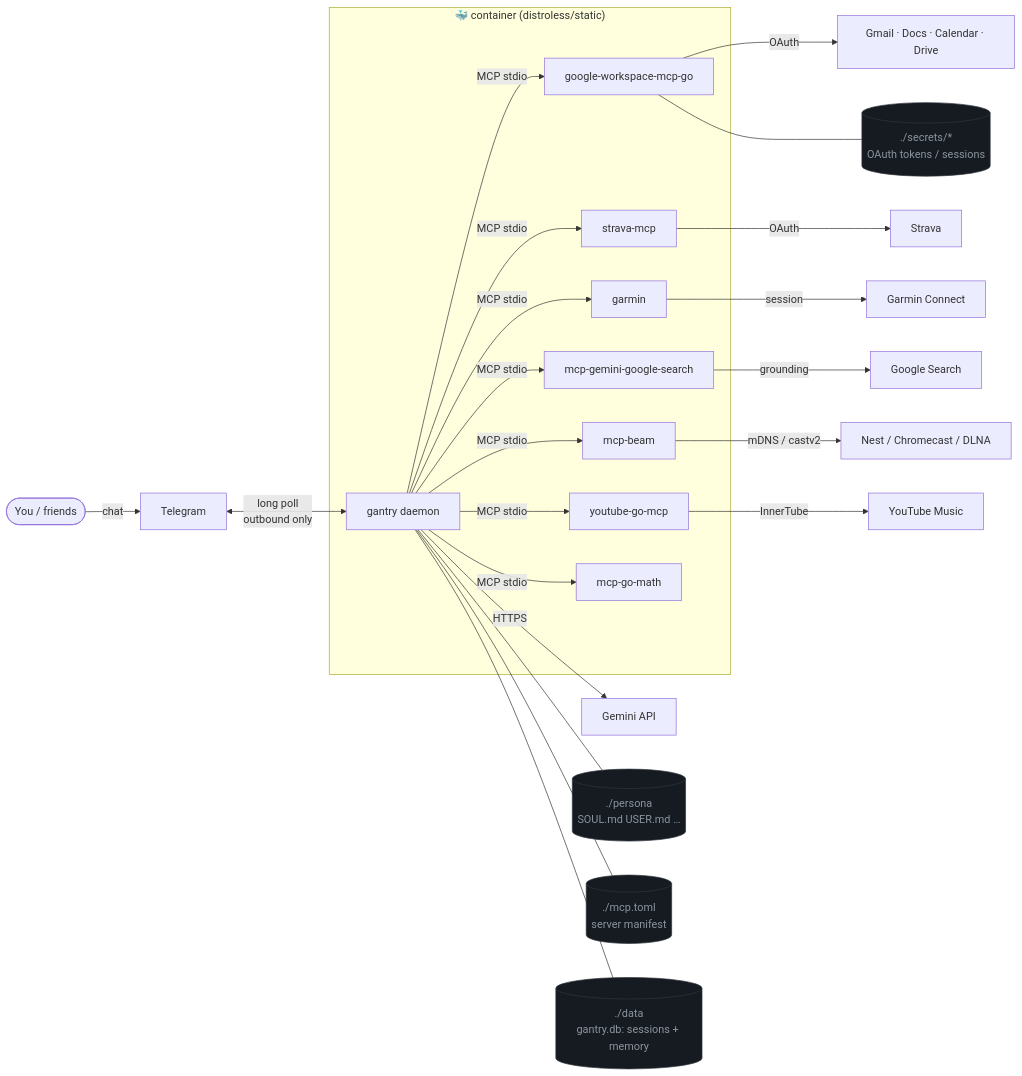
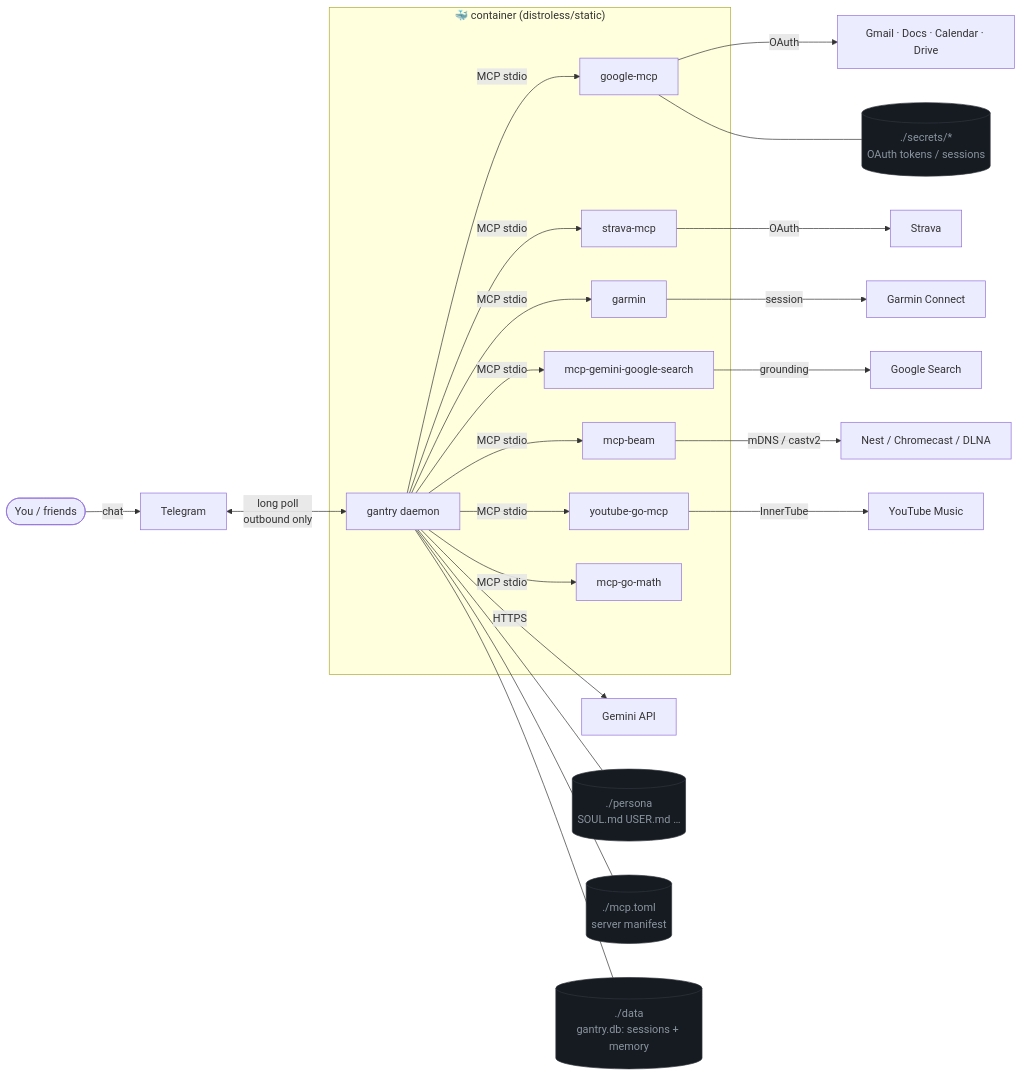
One commit to shotah/ai-gantry changed the first of 4 diagrams in local-agent/README.md. Above: the diagram before and after it, drawn with Mermaid. The commit also changed other lines of this file and 29 other files, not shown here.

Commit message:
adding spark, and overhauling google mcp package

````diff
--- a/local-agent/README.md
+++ b/local-agent/README.md
@@ -57,39 +57,39 @@
 ```mermaid
 flowchart LR
   You([You / friends]) -->|chat| TG[Telegram]
   TG <-->|long poll<br/>outbound only| GN
 
   subgraph Host["🐳 container (distroless/static)"]
     GN[gantry daemon]
-    GW[google-workspace-mcp-go]
+    GW[google-mcp]
     SM[strava-mcp]
     GM[garmin]
     GS[mcp-gemini-google-search]
     CM[mcp-beam]
     YM[youtube-go-mcp]
     MM[mcp-go-math]
     GN -->|MCP stdio| GW
     GN -->|MCP stdio| SM
     GN -->|MCP stdio| GM
     GN -->|MCP stdio| GS
     GN -->|MCP stdio| CM
     GN -->|MCP stdio| YM
     GN -->|MCP stdio| MM
   end
 
   GN -->|HTTPS| GEM[Gemini API]
   GW -->|OAuth| GWS[Gmail · Docs · Calendar · Drive]
   SM -->|OAuth| STV[Strava]
   GM -->|session| GC[Garmin Connect]
   GS -->|grounding| GGL[Google Search]
   CM -->|mDNS / castv2| CAST[Nest / Chromecast / DLNA]
   YM -->|InnerTube| YTM[YouTube Music]
 
   GN --- P[("./persona<br/>SOUL.md USER.md …")]
   GN --- M[("./mcp.toml<br/>server manifest")]
   GN --- DATA[("./data<br/>gantry.db: sessions + memory")]
   GW --- SEC[("./secrets/*<br/>OAuth tokens / sessions")]
 
   classDef store fill:#161b22,stroke:#30363d,color:#8b949e;
   class P,M,DATA,SEC store;
 ```
````
